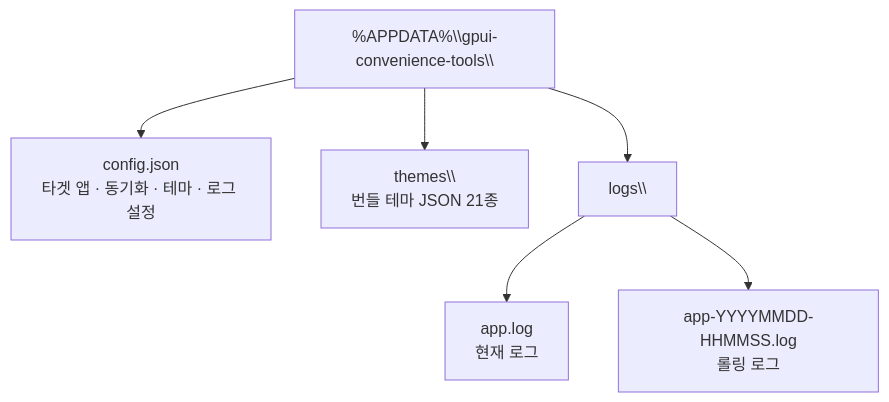
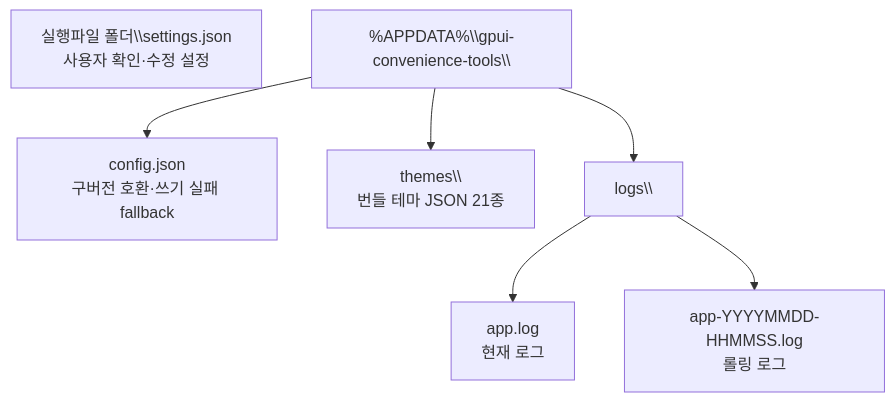
The second of 3 diagrams in docs/README.md (CountJung/gpui-convenience-tools), drawn with Mermaid before and after one commit. The commit also changed other lines of this file and 14 other files, not shown here.

````diff
--- a/docs/README.md
+++ b/docs/README.md
@@ -100,9 +103,10 @@
 ```mermaid
 flowchart TD
+    exe["실행파일 폴더\\settings.json<br/>사용자 확인·수정 설정"]
     root["%APPDATA%\\gpui-convenience-tools\\"]
-    root --> config["config.json<br/>타겟 앱 · 동기화 · 테마 · 로그 설정"]
+    root --> config["config.json<br/>구버전 호환·쓰기 실패 fallback"]
     root --> themes["themes\\<br/>번들 테마 JSON 21종"]
     root --> logs["logs\\"]
     logs --> current["app.log<br/>현재 로그"]
     logs --> rolled["app-YYYYMMDD-HHMMSS.log<br/>롤링 로그"]
 ```
````
